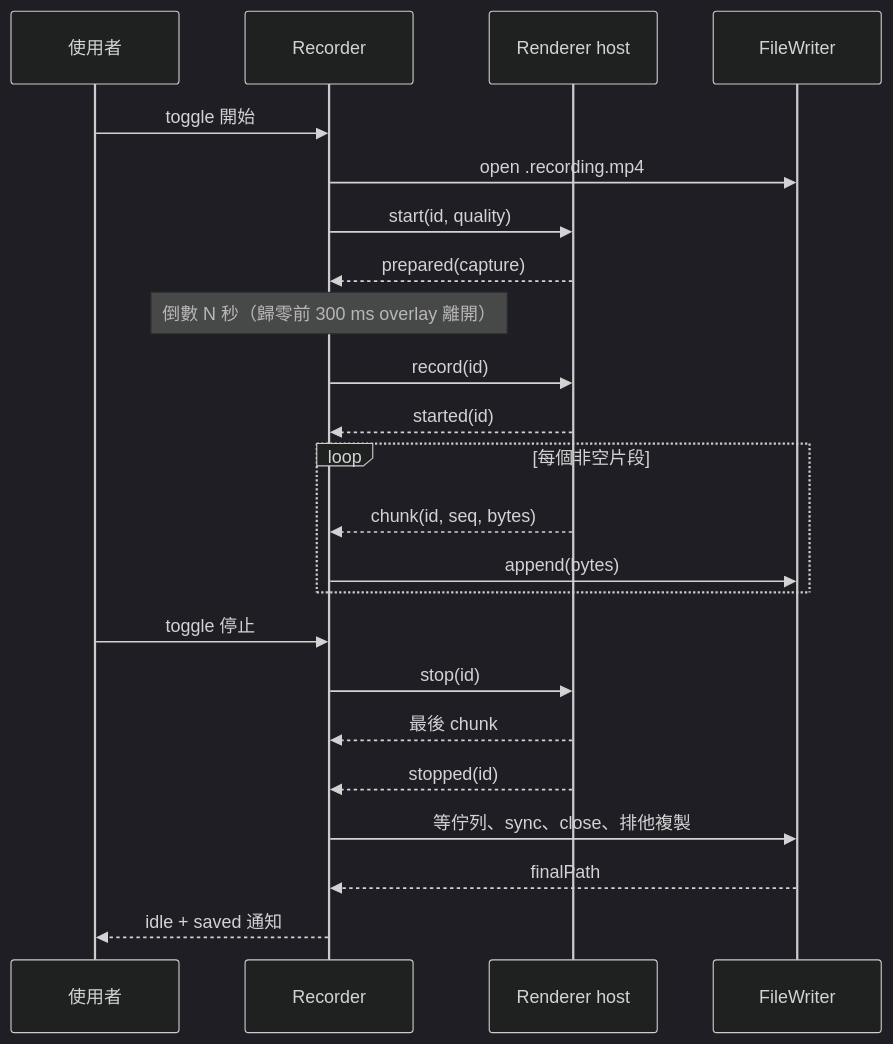
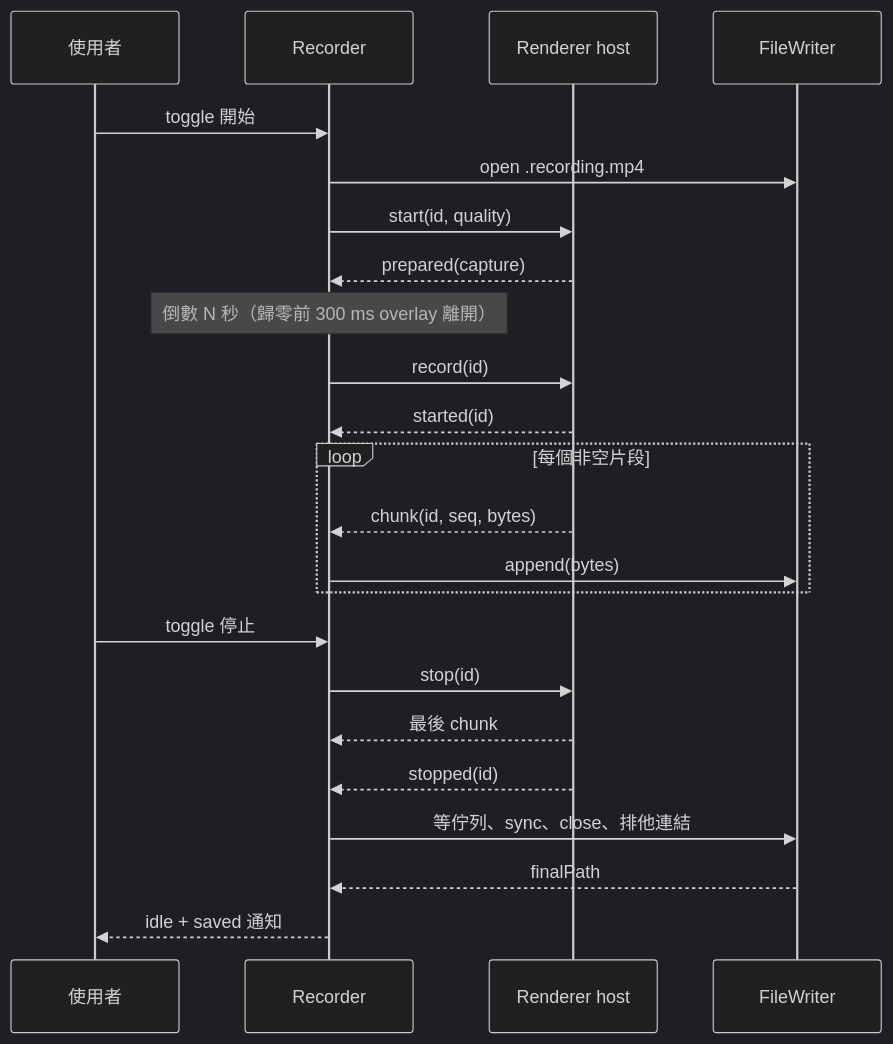
Before and after one commit to EricTsai83/recordstuff: the second of 2 diagrams in docs/zh-TW/system-design/recording.md, drawn with Mermaid (dark theme). The commit also changed other lines of this file and 7 other files, not shown here.

````diff
--- a/docs/zh-TW/system-design/recording.md
+++ b/docs/zh-TW/system-design/recording.md
@@ -111,25 +111,25 @@
 ```mermaid
 sequenceDiagram
     participant U as 使用者
     participant R as Recorder
     participant H as Renderer host
     participant W as FileWriter
     U->>R: toggle 開始
     R->>W: open .recording.mp4
     R->>H: start(id, quality)
     H-->>R: prepared(capture)
     Note over R: 倒數 N 秒（歸零前 300 ms overlay 離開）
     R->>H: record(id)
     H-->>R: started(id)
     loop 每個非空片段
       H-->>R: chunk(id, seq, bytes)
       R->>W: append(bytes)
     end
     U->>R: toggle 停止
     R->>H: stop(id)
     H-->>R: 最後 chunk
     H-->>R: stopped(id)
-    R->>W: 等佇列、sync、close、排他複製
+    R->>W: 等佇列、sync、close、排他連結
     W-->>R: finalPath
     R-->>U: idle + saved 通知
 ```
````
